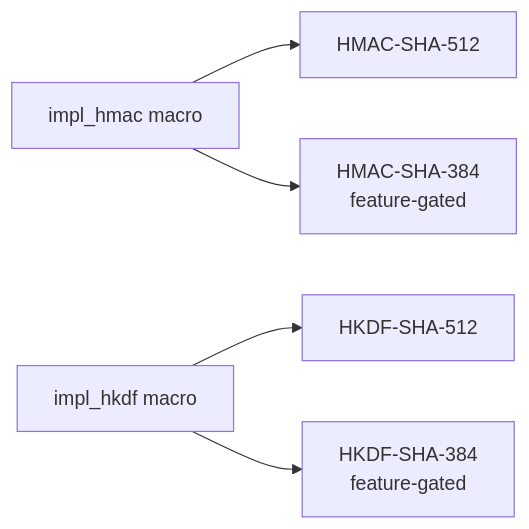
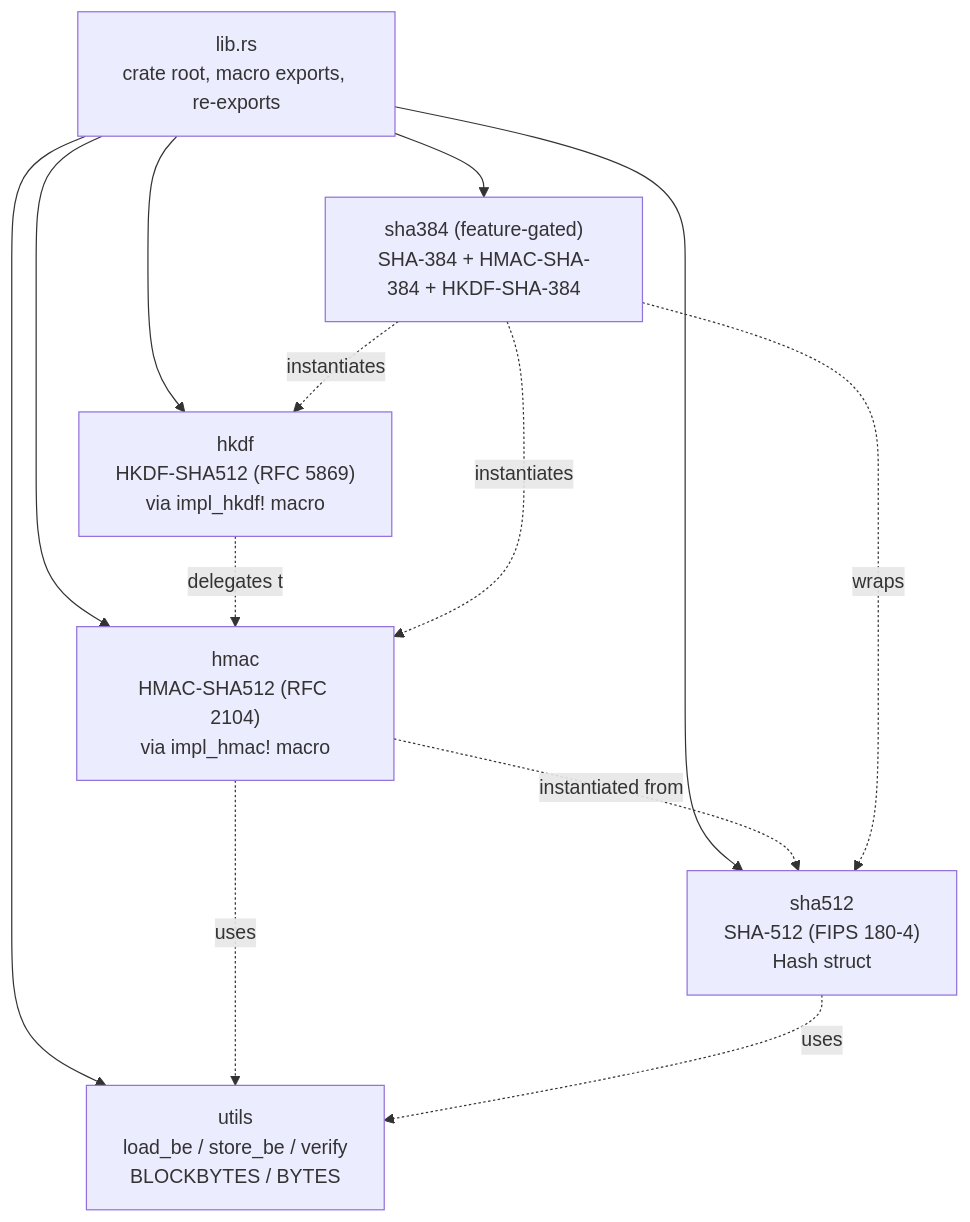
The diagram in libvctrl_sha512/README.md (mroczect/libvctrl), drawn with Mermaid before and after one commit. The commit also changed other lines of this file and 9 other files, not shown here.

````diff
--- a/libvctrl_sha512/README.md
+++ b/libvctrl_sha512/README.md
@@ -104,7 +47,17 @@
 ```mermaid
-graph LR
-    MACRO_HMAC[impl_hmac macro] --> HMAC_SHA512[HMAC-SHA-512]
-    MACRO_HMAC --> HMAC_SHA384[HMAC-SHA-384<br/>feature-gated]
-    MACRO_HKDF[impl_hkdf macro] --> HKDF_SHA512[HKDF-SHA-512]
-    MACRO_HKDF --> HKDF_SHA384[HKDF-SHA-384<br/>feature-gated]
+flowchart TD
+    LIB["lib.rs<br/>crate root, macro exports, re-exports"]
+    LIB --> SHA512["sha512<br/>SHA-512 (FIPS 180-4)<br/>Hash struct"]
+    LIB --> HMAC["hmac<br/>HMAC-SHA512 (RFC 2104)<br/>via impl_hmac! macro"]
+    LIB --> HKDF["hkdf<br/>HKDF-SHA512 (RFC 5869)<br/>via impl_hkdf! macro"]
+    LIB --> UTILS["utils<br/>load_be / store_be / verify<br/>BLOCKBYTES / BYTES"]
+    LIB --> SHA384["sha384 (feature-gated)<br/>SHA-384 + HMAC-SHA-384 + HKDF-SHA-384"]
+
+    HMAC -.instantiated from.-> SHA512
+    HKDF -.delegates to.-> HMAC
+    SHA384 -.wraps.-> SHA512
+    SHA384 -.instantiates.-> HMAC
+    SHA384 -.instantiates.-> HKDF
+    HMAC -.uses.-> UTILS
+    SHA512 -.uses.-> UTILS
 ```
````
